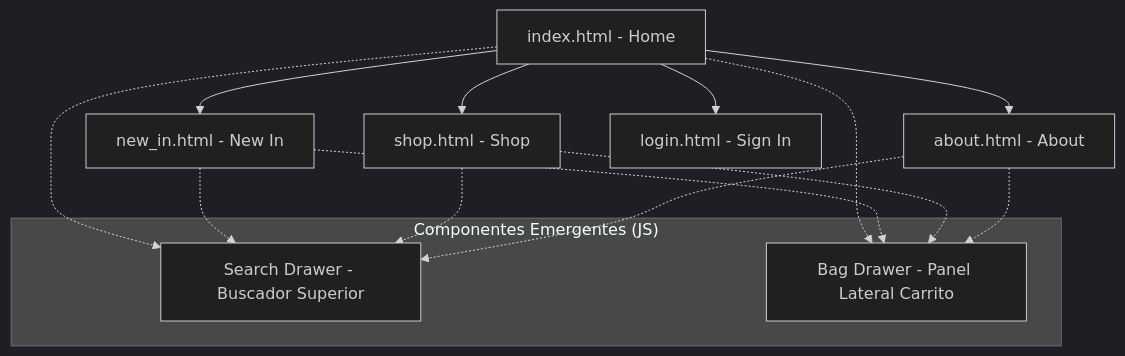
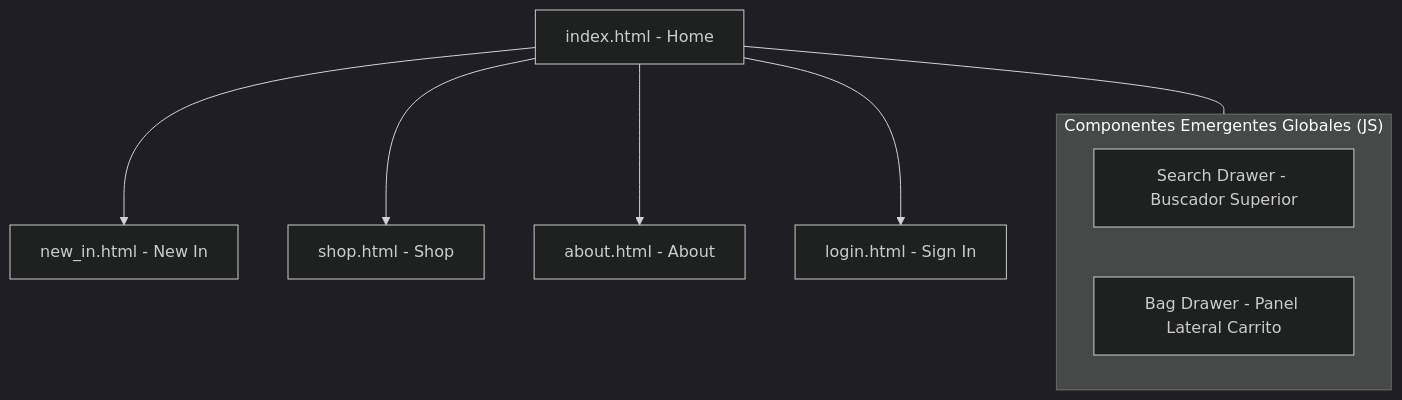
Before and after one commit to arandzm/PEC4_MAQUETACION_ARANTZA_DE_ZABALA: the diagram in README.md, drawn with Mermaid (dark theme).

Commit message:
Revise site navigation diagram for global components
Updated navigation diagram to reflect global components.

````diff
--- a/README.md
+++ b/README.md
@@ -59,21 +59,17 @@
 ```mermaid
 graph TD
+    %% Páginas Principales
     A[index.html - Home] --> B[new_in.html - New In]
     A --> C[shop.html - Shop]
     A --> D[about.html - About]
     A --> E[login.html - Sign In]
 
-    subgraph "Componentes Emergentes (JS)"
+    %% Componentes Globales
+    subgraph Global ["Componentes Emergentes Globales (JS)"]
         F[Search Drawer - Buscador Superior]
         G[Bag Drawer - Panel Lateral Carrito]
     end
 
-    A .-> F
-    A .-> G
-    B .-> F
-    B .-> G
-    C .-> F
-    C .-> G
-    D .-> F
-    D .-> G
+    %% Conexión global limpia
+    A --- Global
 ```
````
